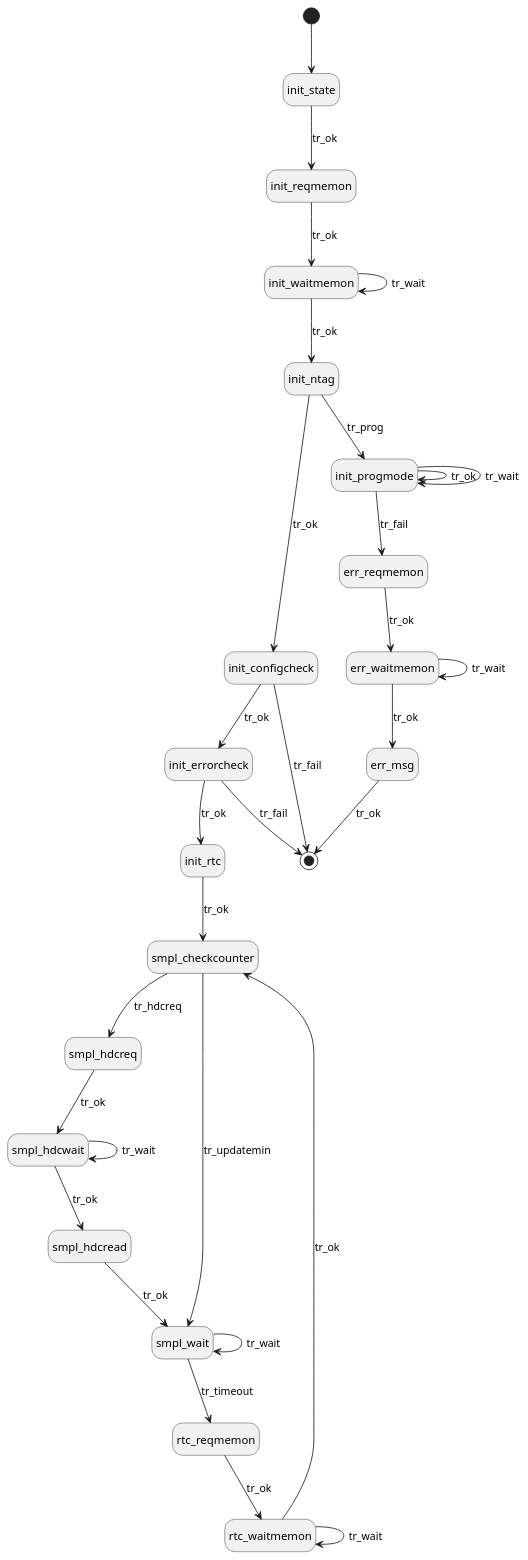
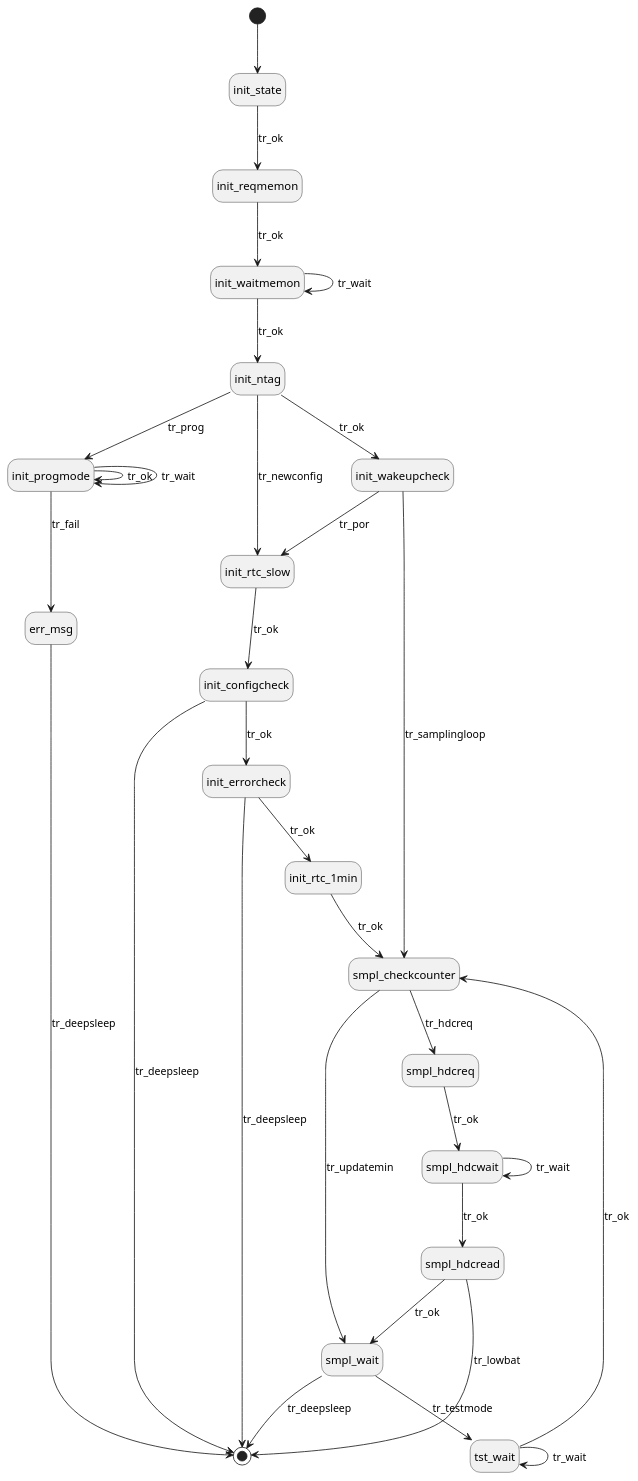
One commit to cuplsensor/cupltag changed the diagram in docs/firmware/statechart.rst. Above: the diagram before and after it, drawn with PlantUML. The commit also changed 10 other files, not shown here.

```diff
--- a/docs/firmware/statechart.rst
+++ b/docs/firmware/statechart.rst
@@ -6,56 +6,56 @@
 .. uml::
    :caption: The state machine in :any:`main`.
    :width: 100%
 
     @startuml
     hide empty description
     [*] --> init_state
 
-    init_state --> init_reqmemon: tr_ok
-
-    init_reqmemon --> init_waitmemon: tr_ok
-
-    init_waitmemon --> init_ntag: tr_ok
-    init_waitmemon --> init_waitmemon: tr_wait
-
-    init_ntag --> init_configcheck: tr_ok
-    init_ntag --> init_progmode: tr_prog
-
-    init_progmode --> init_progmode: tr_ok
-    init_progmode --> init_progmode: tr_wait
-    init_progmode --> err_reqmemon: tr_fail
-
-    init_configcheck --> init_errorcheck: tr_ok
-    init_configcheck --> [*]: tr_fail
-
-    init_errorcheck --> init_rtc: tr_ok
-    init_errorcheck --> [*]: tr_fail
-
-    init_rtc --> smpl_checkcounter: tr_ok
-
-    smpl_checkcounter --> smpl_hdcreq: tr_hdcreq
-    smpl_checkcounter --> smpl_wait: tr_updatemin
-
-    smpl_hdcreq --> smpl_hdcwait: tr_ok
-
-    smpl_hdcwait --> smpl_hdcread: tr_ok
-    smpl_hdcwait --> smpl_hdcwait: tr_wait
-
-    smpl_hdcread --> smpl_wait: tr_ok
-
-    smpl_wait --> rtc_reqmemon: tr_timeout
-    smpl_wait --> smpl_wait: tr_wait
-
-    rtc_reqmemon -->  rtc_waitmemon: tr_ok
-
-    rtc_waitmemon --> smpl_checkcounter: tr_ok
-    rtc_waitmemon --> rtc_waitmemon: tr_wait
-
-    err_reqmemon --> err_waitmemon: tr_ok
-
-    err_waitmemon --> err_msg: tr_ok
-    err_waitmemon --> err_waitmemon: tr_wait
-
-    err_msg --> [*]: tr_ok
+	init_state --> init_reqmemon: tr_ok
+	
+	init_reqmemon --> init_waitmemon: tr_ok
+	
+	init_waitmemon --> init_ntag: tr_ok
+	init_waitmemon --> init_waitmemon: tr_wait
+	
+	init_ntag --> init_wakeupcheck: tr_ok
+	init_ntag --> init_rtc_slow: tr_newconfig
+	init_ntag --> init_progmode: tr_prog
+	
+	init_progmode --> init_progmode: tr_ok
+	init_progmode --> init_progmode: tr_wait
+	init_progmode --> err_msg: tr_fail
+	
+	init_wakeupcheck --> init_rtc_slow: tr_por
+	init_wakeupcheck --> smpl_checkcounter: tr_samplingloop
+	
+	init_rtc_slow --> init_configcheck: tr_ok
+	
+	init_configcheck --> init_errorcheck: tr_ok
+	init_configcheck --> [*]: tr_deepsleep
+	
+	init_errorcheck --> init_rtc_1min: tr_ok
+	init_errorcheck --> [*]: tr_deepsleep
+	
+	init_rtc_1min --> smpl_checkcounter: tr_ok
+	
+	smpl_checkcounter --> smpl_hdcreq: tr_hdcreq
+	smpl_checkcounter --> smpl_wait: tr_updatemin
+	
+	smpl_hdcreq --> smpl_hdcwait: tr_ok
+	
+	smpl_hdcwait --> smpl_hdcread: tr_ok
+	smpl_hdcwait --> smpl_hdcwait: tr_wait
+	
+	smpl_hdcread --> smpl_wait: tr_ok
+	smpl_hdcread --> [*]: tr_lowbat
+	
+	smpl_wait --> tst_wait: tr_testmode
+	smpl_wait --> [*]: tr_deepsleep
+	
+	tst_wait --> smpl_checkcounter: tr_ok
+	tst_wait --> tst_wait: tr_wait
+	
+	err_msg --> [*]: tr_deepsleep
 
     @enduml
```
